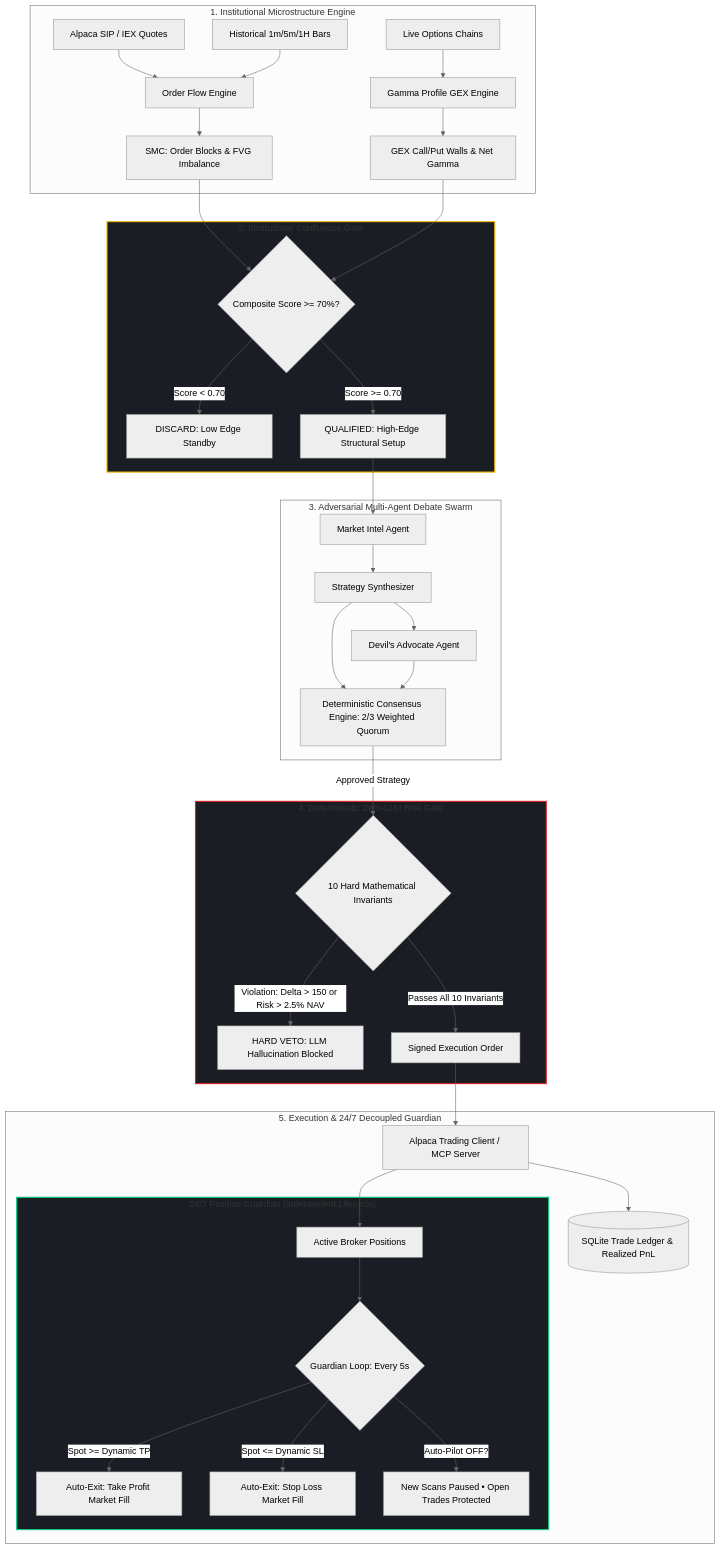
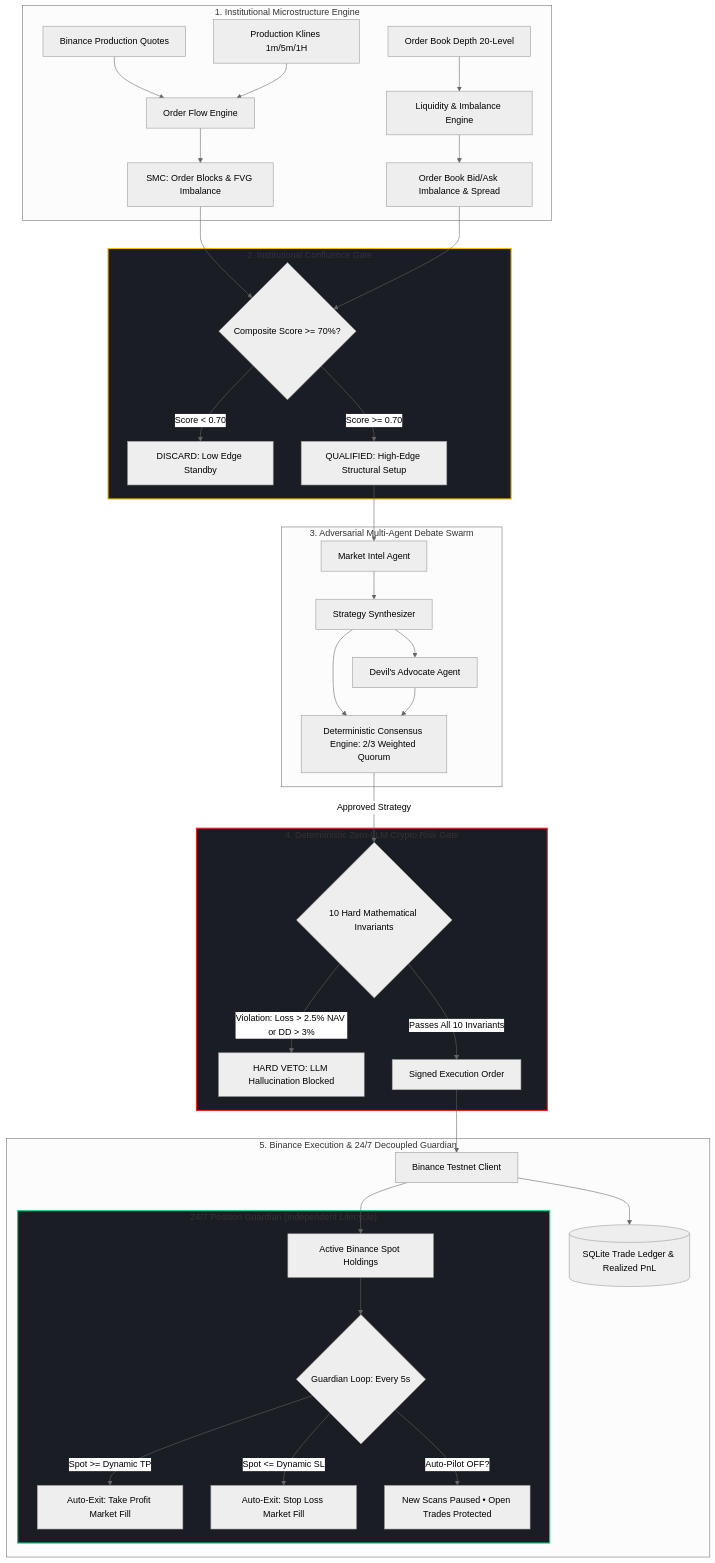
Before and after one commit to d1vyom/VolHelix-AI: the first of 2 diagrams in INNOVATION.md, drawn with Mermaid (neutral theme). The commit also changed other lines of this file, not shown here.

Commit message:
docs(innovation): update whitepaper for Binance Crypto Spot architecture

````diff
--- a/INNOVATION.md
+++ b/INNOVATION.md
@@ -24,46 +24,46 @@
 ```mermaid
 flowchart TB
     subgraph Ingestion ["1. Institutional Microstructure Engine"]
-        A1[Alpaca SIP / IEX Quotes] --> B1[Order Flow Engine]
-        A2[Historical 1m/5m/1H Bars] --> B1
-        A3[Live Options Chains] --> B2[Gamma Profile GEX Engine]
+        A1[Binance Production Quotes] --> B1[Order Flow Engine]
+        A2[Production Klines 1m/5m/1H] --> B1
+        A3[Order Book Depth 20-Level] --> B2[Liquidity & Imbalance Engine]
         B1 --> B3[SMC: Order Blocks & FVG Imbalance]
-        B2 --> B4[GEX Call/Put Walls & Net Gamma]
+        B2 --> B4[Order Book Bid/Ask Imbalance & Spread]
     end
 
     subgraph Confluence ["2. Institutional Confluence Gate"]
         B3 & B4 --> C1{Composite Score >= 70%?}
         C1 -->|Score < 0.70| C2[DISCARD: Low Edge Standby]
         C1 -->|Score >= 0.70| C3[QUALIFIED: High-Edge Structural Setup]
     end
 
     subgraph Swarm ["3. Adversarial Multi-Agent Debate Swarm"]
         C3 --> D1[Market Intel Agent]
         D1 --> D2[Strategy Synthesizer]
         D2 --> D3[Devil's Advocate Agent]
         D2 & D3 --> D4[Deterministic Consensus Engine: 2/3 Weighted Quorum]
     end
 
-    subgraph RiskGate ["4. Deterministic Zero-LLM Risk Gate"]
+    subgraph RiskGate ["4. Deterministic Zero-LLM Crypto Risk Gate"]
         D4 -->|Approved Strategy| E1{10 Hard Mathematical Invariants}
-        E1 -->|Violation: Delta > 150 or Risk > 2.5% NAV| E2[HARD VETO: LLM Hallucination Blocked]
+        E1 -->|Violation: Loss > 2.5% NAV or DD > 3%| E2[HARD VETO: LLM Hallucination Blocked]
         E1 -->|Passes All 10 Invariants| E3[Signed Execution Order]
     end
 
-    subgraph Execution ["5. Execution & 24/7 Decoupled Guardian"]
-        E3 --> F1[Alpaca Trading Client / MCP Server]
+    subgraph Execution ["5. Binance Execution & 24/7 Decoupled Guardian"]
+        E3 --> F1[Binance Testnet Client]
         F1 --> F2[(SQLite Trade Ledger & Realized PnL)]
-        F1 --> G1[Active Broker Positions]
+        F1 --> G1[Active Binance Spot Holdings]
         
         subgraph Guardian ["24/7 Position Guardian (Independent Lifecycle)"]
             G1 --> H1{Guardian Loop: Every 5s}
             H1 -->|Spot >= Dynamic TP| H2[Auto-Exit: Take Profit Market Fill]
             H1 -->|Spot <= Dynamic SL| H3[Auto-Exit: Stop Loss Market Fill]
             H1 -->|Auto-Pilot OFF?| H4[New Scans Paused • Open Trades Protected]
         end
     end
 
     style RiskGate fill:#1a1d24,stroke:#e02424,stroke-width:2px;
     style Guardian fill:#1a1d24,stroke:#0ecb81,stroke-width:2px;
     style Confluence fill:#1a1d24,stroke:#f0b90b,stroke-width:2px;
 ```
````
